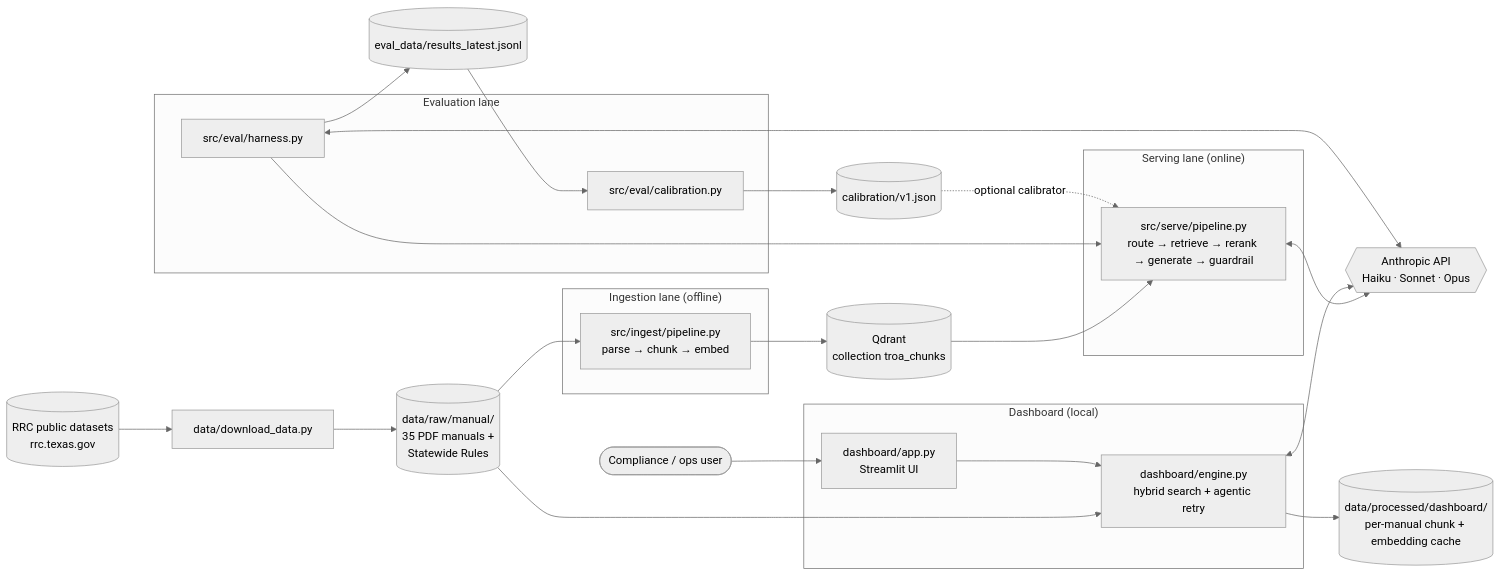
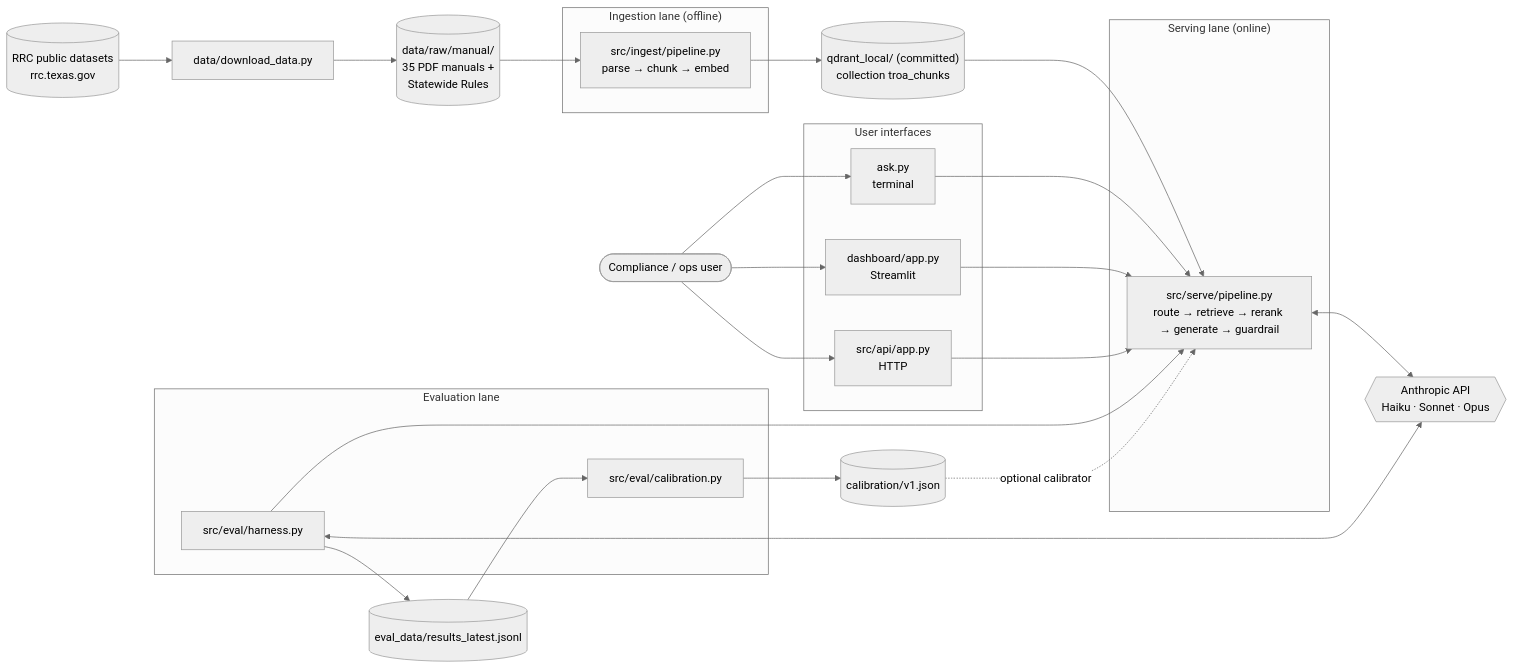
The first of 8 diagrams in ARCHITECTURE.md (drealchux/troa), drawn with Mermaid (neutral theme) before and after one commit. The commit also changed other lines of this file and 3 other files, not shown here.

Commit message:
Update docs for the CLI, the Pipeline-based dashboard, and the bundled index

````diff
--- a/ARCHITECTURE.md
+++ b/ARCHITECTURE.md
@@ -36,43 +36,43 @@
 ```mermaid
 flowchart LR
     RRC[("RRC public datasets<br/>rrc.texas.gov")]
     DL["data/download_data.py"]
     RAW[("data/raw/manual/<br/>35 PDF manuals +<br/>Statewide Rules")]
 
     subgraph INGEST["Ingestion lane (offline)"]
         ING["src/ingest/pipeline.py<br/>parse → chunk → embed"]
     end
 
-    QD[("Qdrant<br/>collection troa_chunks")]
-    DCACHE[("data/processed/dashboard/<br/>per-manual chunk + embedding cache")]
+    QD[("qdrant_local/ (committed)<br/>collection troa_chunks")]
 
     subgraph SERVE["Serving lane (online)"]
         PIPE["src/serve/pipeline.py<br/>route → retrieve → rerank → generate → guardrail"]
     end
 
-    subgraph DASH["Dashboard (local)"]
-        APP["dashboard/app.py<br/>Streamlit UI"]
-        ENG["dashboard/engine.py<br/>hybrid search + agentic retry"]
+    subgraph UI["User interfaces"]
+        CLI["ask.py<br/>terminal"]
+        APP["dashboard/app.py<br/>Streamlit"]
+        API["src/api/app.py<br/>HTTP"]
     end
 
     subgraph EVAL["Evaluation lane"]
         HAR["src/eval/harness.py"]
         CAL["src/eval/calibration.py"]
     end
 
     ANT{{"Anthropic API<br/>Haiku · Sonnet · Opus"}}
     USER(["Compliance / ops user"])
 
     RRC --> DL --> RAW
     RAW --> ING --> QD
-    RAW --> ENG --> DCACHE
     QD --> PIPE
-    USER --> APP --> ENG
+    USER --> CLI --> PIPE
+    USER --> APP --> PIPE
+    USER --> API --> PIPE
     PIPE <--> ANT
-    ENG <--> ANT
     HAR --> PIPE
     HAR <--> ANT
     HAR --> RES[("eval_data/results_latest.jsonl")]
     RES --> CAL --> CALJ[("calibration/v1.json")]
     CALJ -. "optional calibrator" .-> PIPE
 ```
````
